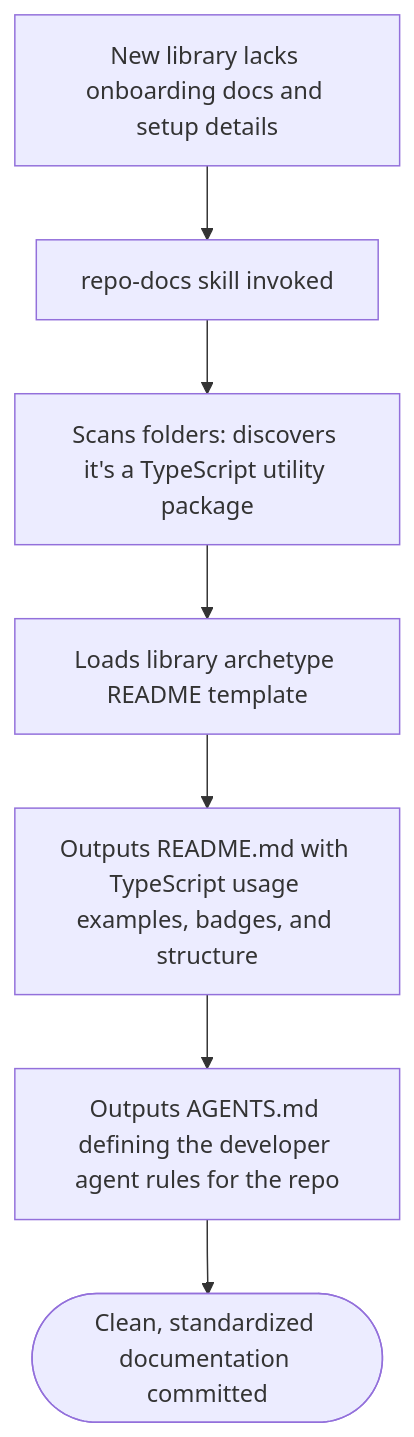
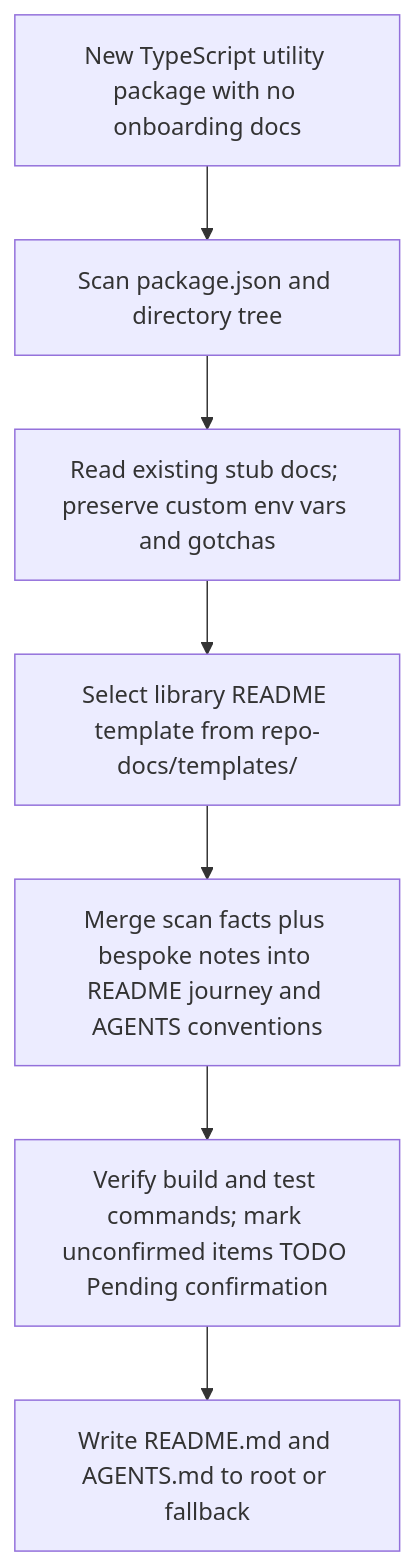
The third of 3 diagrams in docs/workflows/repo-docs.md (dyphn1/Harness-everything), drawn with Mermaid before and after one commit. The commit also changed other lines of this file and 16 other files, not shown here.

````diff
--- a/docs/workflows/repo-docs.md
+++ b/docs/workflows/repo-docs.md
@@ -46,9 +31,9 @@
 ```mermaid
 graph TD
-  Start["New library lacks onboarding docs and setup details"] --> Trigger["repo-docs skill invoked"]
-  Trigger --> Scan["Scans folders: discovers it's a TypeScript utility package"]
-  Scan --> MatchTemplate["Loads library archetype README template"]
-  MatchTemplate --> GenDocs["Outputs README.md with TypeScript usage examples, badges, and structure"]
-  GenDocs --> GenOnboarding["Outputs AGENTS.md defining the developer agent rules for the repo"]
-  GenOnboarding --> Done([Clean, standardized documentation committed])
+  BareRepo["New TypeScript utility package with no onboarding docs"] --> ScanProj["Scan package.json and directory tree"]
+  ScanProj --> PreserveNotes["Read existing stub docs; preserve custom env vars and gotchas"]
+  PreserveNotes --> SelectTemplate["Select library README template from repo-docs/templates/"]
+  SelectTemplate --> MergeDraft["Merge scan facts plus bespoke notes into README journey and AGENTS conventions"]
+  MergeDraft --> VerifyStep["Verify build and test commands; mark unconfirmed items TODO Pending confirmation"]
+  VerifyStep --> PublishDocs["Write README.md and AGENTS.md to root or fallback"]
 ```
````
